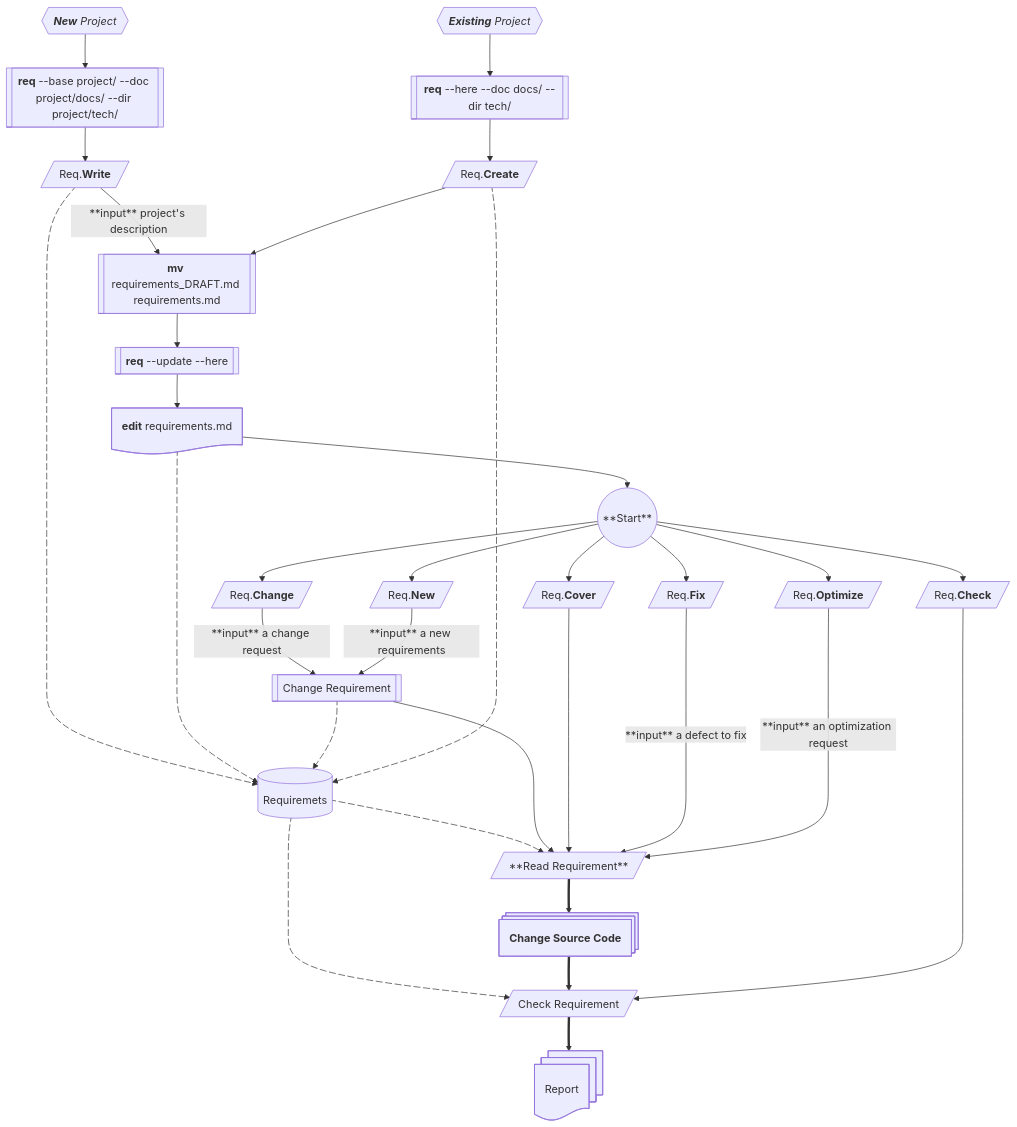
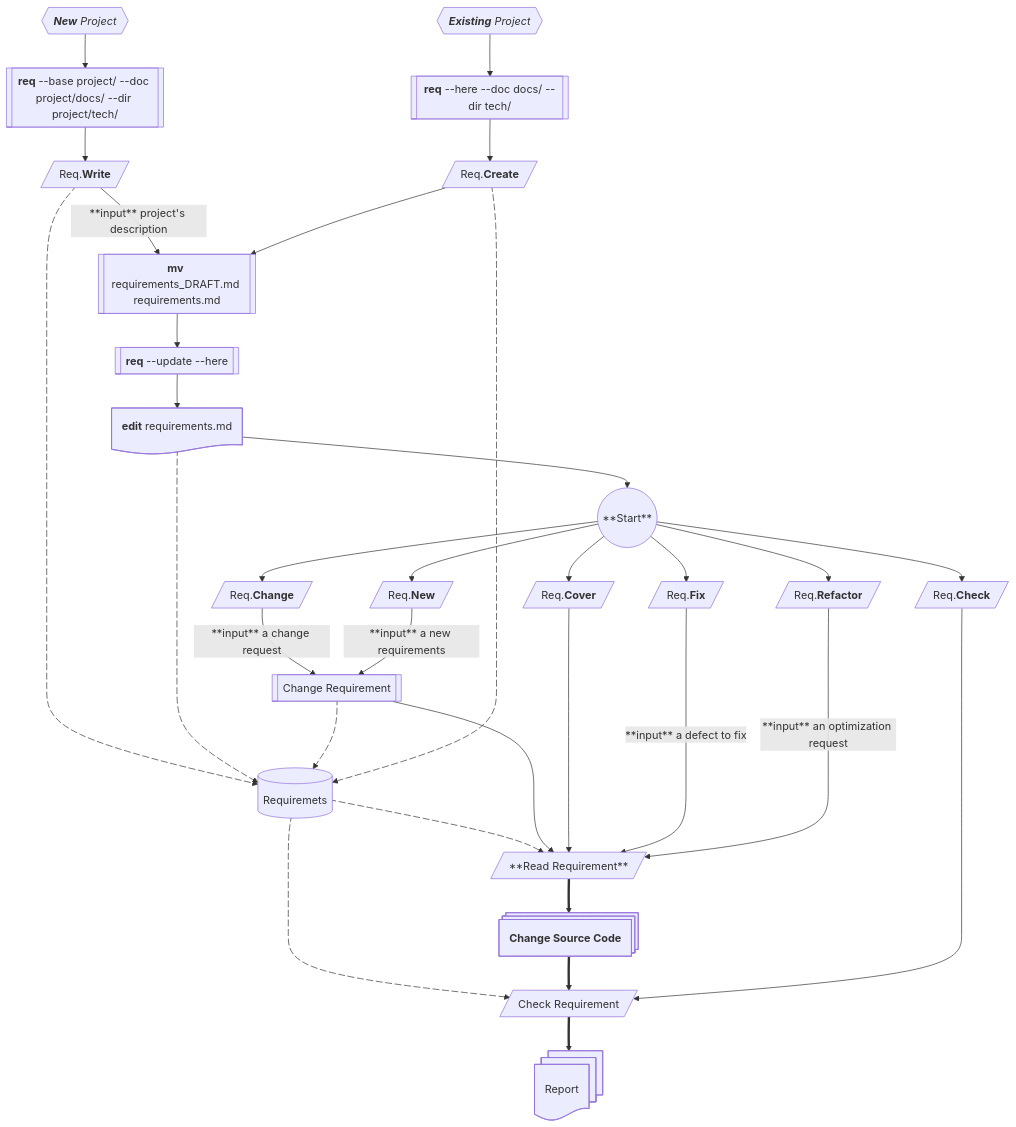
Before and after one commit to Ogekuri/useReq: the diagram in images/flowchart.md, drawn with Mermaid. The commit also changed 3 other files, not shown here.

````diff
--- a/images/flowchart.md
+++ b/images/flowchart.md
@@ -2,82 +2,82 @@
 ```mermaid
 flowchart TD
     %% Flowchart
     START((**Start**))
     NP@{ shape: hex, label: "***New*** *Project*"}
     EP@{ shape: hex, label: "***Existing*** *Project*"}
     CMDNP@{ shape: subproc, label: "**req** --base project/ --doc project/docs/ --dir project/tech/" }
     CMDEP@{ shape: subproc, label: "**req** --here --doc docs/ --dir tech/" }
     CMDUPDATE@{ shape: subproc, label: "**req** --update --here" }
     EDIT@{ shape: doc, label: "**edit** requirements.md" }
     REQ[(Requiremets)]
     CHANGE@{ shape: lean-r, label: "Req.**Change**"}
     CHECK@{ shape: lean-r, label: "Req.**Check**"}
     COVER@{ shape: lean-r, label: "Req.**Cover**"}
     FIX@{ shape: lean-r, label: "Req.**Fix**"}
     NEW@{ shape: lean-r, label: "Req.**New**"}
-    OPTIMIZE@{ shape: lean-r, label: "Req.**Optimize**"}
+    REFACTOR@{ shape: lean-r, label: "Req.**Refactor**"}
     WRITE@{ shape: lean-r, label: "Req.**Write**"}
     CREATE@{ shape: lean-r, label: "Req.**Create**"}
     RENAME@{ shape: subproc, label: "**mv** requirements_DRAFT.md requirements.md" }
     REQ_CHANGE[[Change Requirement]]
     REQ_READ[/**Read Requirement**/]
     REQ_CHECK[/Check Requirement/]
     CODE_CHANGE@{ shape: procs, label: "**Change Source Code**"}
     REPORT@{ shape: docs, label: "Report"}
 
     %% New Project
     NP --> CMDNP
     CMDNP --> WRITE
     WRITE -- **input** project's description --> RENAME
 
     %% Existing Project
     EP --> CMDEP
     CMDEP --> CREATE
     CREATE--> RENAME
     RENAME --> CMDUPDATE
     CMDUPDATE --> EDIT
     EDIT --> START
 
     %% Requirements
     REQ e1@-.-> REQ_READ
     e1@{ animate: true }
     REQ e2@-.-> REQ_CHECK
     e2@{ animate: true }
     WRITE e3@-.-> REQ
     e3@{ animate: true }
     EDIT e4@-.-> REQ
     e4@{ animate: true }
     REQ_CHANGE e5@-.-> REQ
     e5@{ animate: true }
     CREATE e6@-.-> REQ
     e6@{ animate: true }
 
     %% Change
     START --> CHANGE
     CHANGE -- **input** a change request --> REQ_CHANGE
     REQ_CHANGE --> REQ_READ
     REQ_READ ==> CODE_CHANGE
     CODE_CHANGE ==> REQ_CHECK
     REQ_CHECK ==> REPORT
     %% REPORT --> START
 
     %% Check
     START --> CHECK
     CHECK ------> REQ_CHECK
 
     %% Cover
     START --> COVER
     COVER ----> REQ_READ
 
     %% Fix
     START --> FIX
     FIX -- **input** a defect to fix ----> REQ_READ
 
-    %% Optimize
-    START --> OPTIMIZE
-    OPTIMIZE -- **input** an optimization request ----> REQ_READ
+    %% Refactor
+    START --> REFACTOR
+    REFACTOR -- **input** an optimization request ----> REQ_READ
 
     %% New
     START --> NEW
     NEW -- **input** a new requirements--> REQ_CHANGE 
 ```
````
